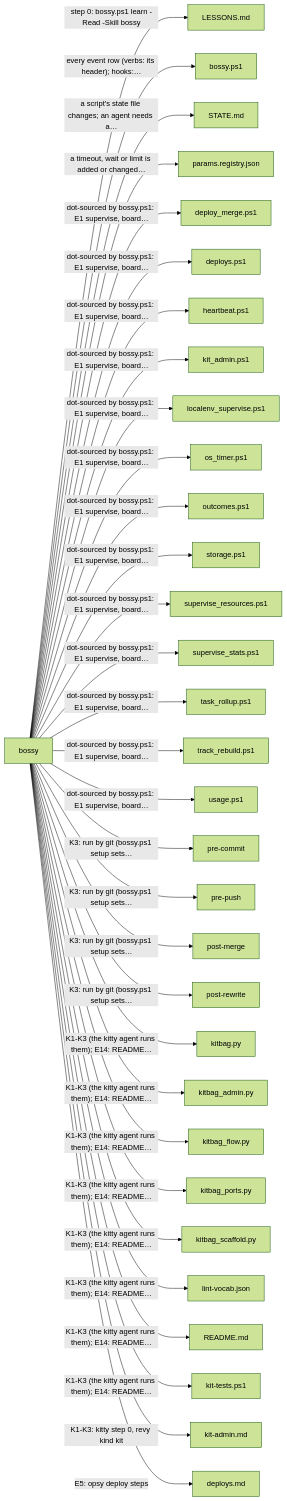
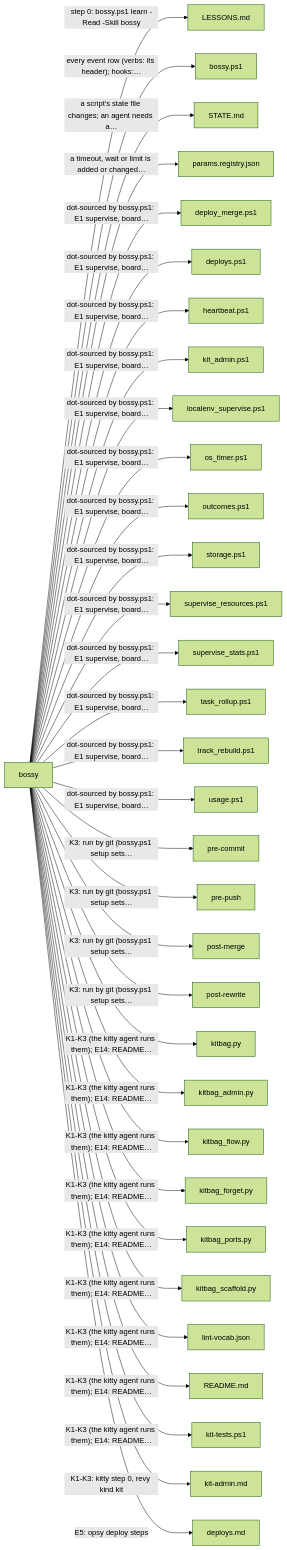
Before and after one commit to prskid1000/claude-crew: the third of 7 diagrams in README.md, drawn with Mermaid (forest theme). The commit also changed 13 other files, not shown here.

First line of the commit message:
feat(kit): forget on cap (kitbag.py forget, archive, restore)

````diff
--- a/README.md
+++ b/README.md
@@ -443,35 +443,36 @@
 ```mermaid
 flowchart LR
   skills_bossy_SKILL_md["bossy"]
   skills_bossy_SKILL_md -->|"step 0: bossy.ps1 learn -Read -Skill bossy"| LESSONS_md["LESSONS.md"]
   skills_bossy_SKILL_md -->|"every event row (verbs: its header); hooks:…"| skills_bossy_bossy_ps1["bossy.ps1"]
   skills_bossy_SKILL_md -->|"a script's state file changes; an agent needs a…"| skills_bossy_STATE_md["STATE.md"]
   skills_bossy_SKILL_md -->|"a timeout, wait or limit is added or changed…"| skills_bossy_params_registry_json["params.registry.json"]
   skills_bossy_SKILL_md -->|"dot-sourced by bossy.ps1: E1 supervise, board…"| skills_bossy_adapters_deploy_merge_ps1["deploy_merge.ps1"]
   skills_bossy_SKILL_md -->|"dot-sourced by bossy.ps1: E1 supervise, board…"| skills_bossy_adapters_deploys_ps1["deploys.ps1"]
   skills_bossy_SKILL_md -->|"dot-sourced by bossy.ps1: E1 supervise, board…"| skills_bossy_adapters_heartbeat_ps1["heartbeat.ps1"]
   skills_bossy_SKILL_md -->|"dot-sourced by bossy.ps1: E1 supervise, board…"| skills_bossy_adapters_kit_admin_ps1["kit_admin.ps1"]
   skills_bossy_SKILL_md -->|"dot-sourced by bossy.ps1: E1 supervise, board…"| skills_bossy_adapters_localenv_supervise_ps1["localenv_supervise.ps1"]
   skills_bossy_SKILL_md -->|"dot-sourced by bossy.ps1: E1 supervise, board…"| skills_bossy_adapters_os_timer_ps1["os_timer.ps1"]
   skills_bossy_SKILL_md -->|"dot-sourced by bossy.ps1: E1 supervise, board…"| skills_bossy_adapters_outcomes_ps1["outcomes.ps1"]
   skills_bossy_SKILL_md -->|"dot-sourced by bossy.ps1: E1 supervise, board…"| skills_bossy_adapters_storage_ps1["storage.ps1"]
   skills_bossy_SKILL_md -->|"dot-sourced by bossy.ps1: E1 supervise, board…"| skills_bossy_adapters_supervise_resources_ps1["supervise_resources.ps1"]
   skills_bossy_SKILL_md -->|"dot-sourced by bossy.ps1: E1 supervise, board…"| skills_bossy_adapters_supervise_stats_ps1["supervise_stats.ps1"]
   skills_bossy_SKILL_md -->|"dot-sourced by bossy.ps1: E1 supervise, board…"| skills_bossy_adapters_task_rollup_ps1["task_rollup.ps1"]
   skills_bossy_SKILL_md -->|"dot-sourced by bossy.ps1: E1 supervise, board…"| skills_bossy_adapters_track_rebuild_ps1["track_rebuild.ps1"]
   skills_bossy_SKILL_md -->|"dot-sourced by bossy.ps1: E1 supervise, board…"| skills_bossy_adapters_usage_ps1["usage.ps1"]
   skills_bossy_SKILL_md -->|"K3: run by git (bossy.ps1 setup sets…"| _githooks_pre_commit["pre-commit"]
   skills_bossy_SKILL_md -->|"K3: run by git (bossy.ps1 setup sets…"| _githooks_pre_push["pre-push"]
   skills_bossy_SKILL_md -->|"K3: run by git (bossy.ps1 setup sets…"| _githooks_post_merge["post-merge"]
   skills_bossy_SKILL_md -->|"K3: run by git (bossy.ps1 setup sets…"| _githooks_post_rewrite["post-rewrite"]
   skills_bossy_SKILL_md -->|"K1-K3 (the kitty agent runs them); E14: README…"| skills_bossy_kitbag_py["kitbag.py"]
   skills_bossy_SKILL_md -->|"K1-K3 (the kitty agent runs them); E14: README…"| skills_bossy_kitbag_admin_py["kitbag_admin.py"]
   skills_bossy_SKILL_md -->|"K1-K3 (the kitty agent runs them); E14: README…"| skills_bossy_kitbag_flow_py["kitbag_flow.py"]
+  skills_bossy_SKILL_md -->|"K1-K3 (the kitty agent runs them); E14: README…"| skills_bossy_kitbag_forget_py["kitbag_forget.py"]
   skills_bossy_SKILL_md -->|"K1-K3 (the kitty agent runs them); E14: README…"| skills_bossy_kitbag_ports_py["kitbag_ports.py"]
   skills_bossy_SKILL_md -->|"K1-K3 (the kitty agent runs them); E14: README…"| skills_bossy_kitbag_scaffold_py["kitbag_scaffold.py"]
   skills_bossy_SKILL_md -->|"K1-K3 (the kitty agent runs them); E14: README…"| skills_bossy_lint_vocab_json["lint-vocab.json"]
   skills_bossy_SKILL_md -->|"K1-K3 (the kitty agent runs them); E14: README…"| README_md["README.md"]
   skills_bossy_SKILL_md -->|"K1-K3 (the kitty agent runs them); E14: README…"| tests_kit_tests_ps1["kit-tests.ps1"]
   skills_bossy_SKILL_md -->|"K1-K3: kitty step 0, revy kind kit"| skills_bossy_kit_admin_md["kit-admin.md"]
   skills_bossy_SKILL_md -->|"E5: opsy deploy steps"| skills_bossy_deploys_md["deploys.md"]
 ```
````
